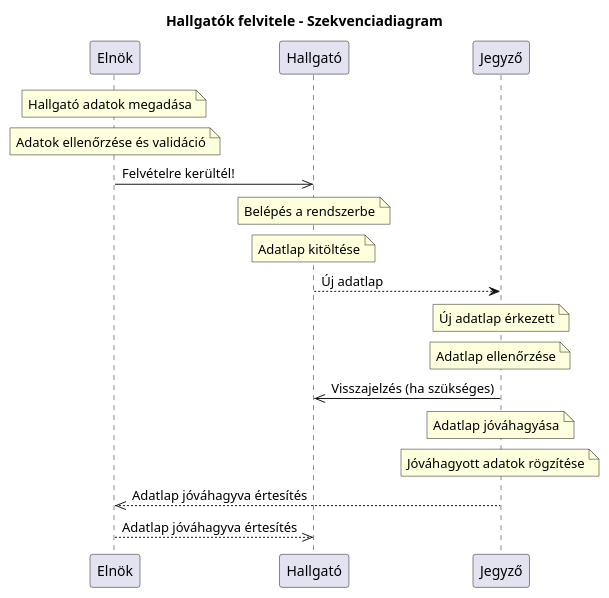
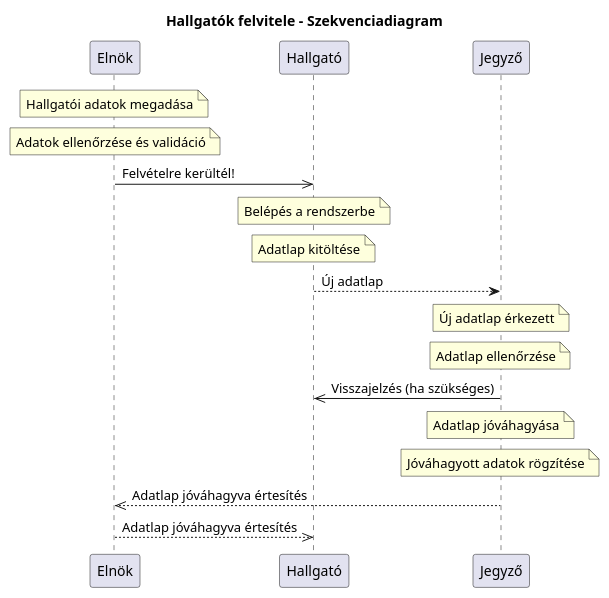
Before and after one commit to Ddavid111/Szakmai_Gyakorlat: the third of 3 diagrams in docs/chapters/02.rst, drawn with PlantUML. The commit also changed other lines of this file and 29 other files, not shown here.

```diff
--- a/docs/chapters/02.rst
+++ b/docs/chapters/02.rst
@@ -136,50 +143,50 @@
 .. plantuml::
     
     @startuml
     title Hallgatók felvitele - Szekvenciadiagram
 
     participant Elnök as E
     participant Hallgató as H
     participant Jegyző as J
 
     note over E
-    Hallgató adatok megadása
+    Hallgatói adatok megadása
     end note
     note over E
     Adatok ellenőrzése és validáció
     end note
 
     E->>H: Felvételre kerültél!
     
     note over H 
     Belépés a rendszerbe
     end note
     
     note over H 
     Adatlap kitöltése
     end note
     
     H-->J: Új adatlap
     
     note over J 
     Új adatlap érkezett
     end note
     
     note over J 
     Adatlap ellenőrzése
     end note
     
     J->>H: Visszajelzés (ha szükséges)
     
     note over J 
     Adatlap jóváhagyása
     end note
     
     note over J 
     Jóváhagyott adatok rögzítése
     end note
     
     J-->>E: Adatlap jóváhagyva értesítés
     
     E-->>H: Adatlap jóváhagyva értesítés
     @enduml
```
